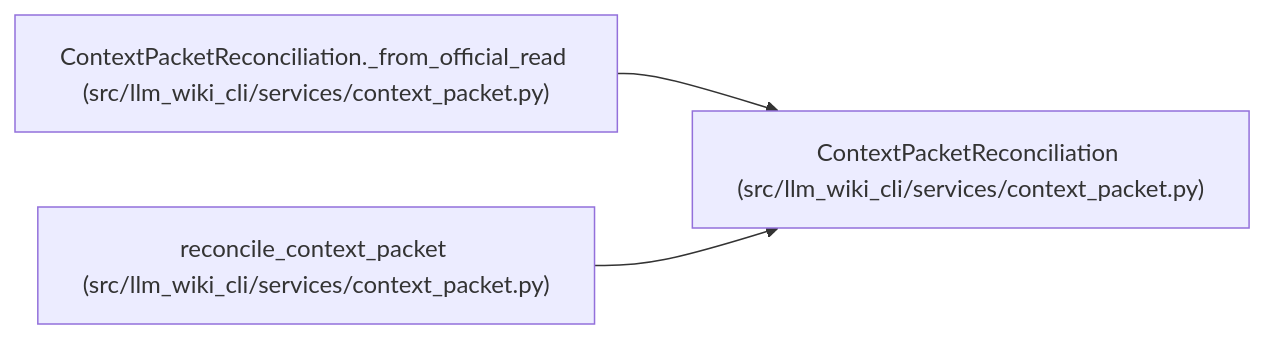
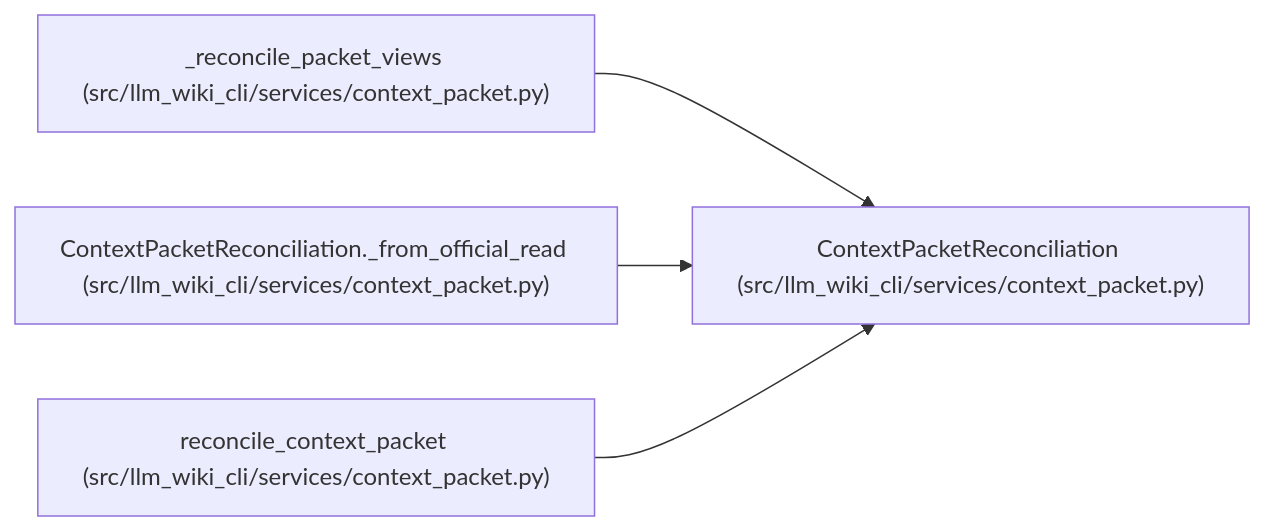
Before and after one commit to Denissvgn/python-wiki-llm: the diagram in docs/llm_wiki/entities/ContextPacketReconciliation.md, drawn with Mermaid. The commit also changed other lines of this file and 865 other files, not shown here.

````diff
--- a/docs/llm_wiki/entities/ContextPacketReconciliation.md
+++ b/docs/llm_wiki/entities/ContextPacketReconciliation.md
@@ -36,11 +36,14 @@
 ```mermaid
 flowchart LR
     n0["ContextPacketReconciliation (src/llm_wiki_cli/services/context_packet.py)"]
-    n1["ContextPacketReconciliation._from_official_read (src/llm_wiki_cli/services/context_packet.py)"]
-    n2["reconcile_context_packet (src/llm_wiki_cli/services/context_packet.py)"]
+    n1["_reconcile_packet_views (src/llm_wiki_cli/services/context_packet.py)"]
+    n2["ContextPacketReconciliation._from_official_read (src/llm_wiki_cli/services/context_packet.py)"]
+    n3["reconcile_context_packet (src/llm_wiki_cli/services/context_packet.py)"]
     n1 --> n0
     n2 --> n0
+    n3 --> n0
     click n0 "../modules/context_packet.md"
     click n1 "../modules/context_packet.md"
     click n2 "../modules/context_packet.md"
+    click n3 "../modules/context_packet.md"
 ```
````
